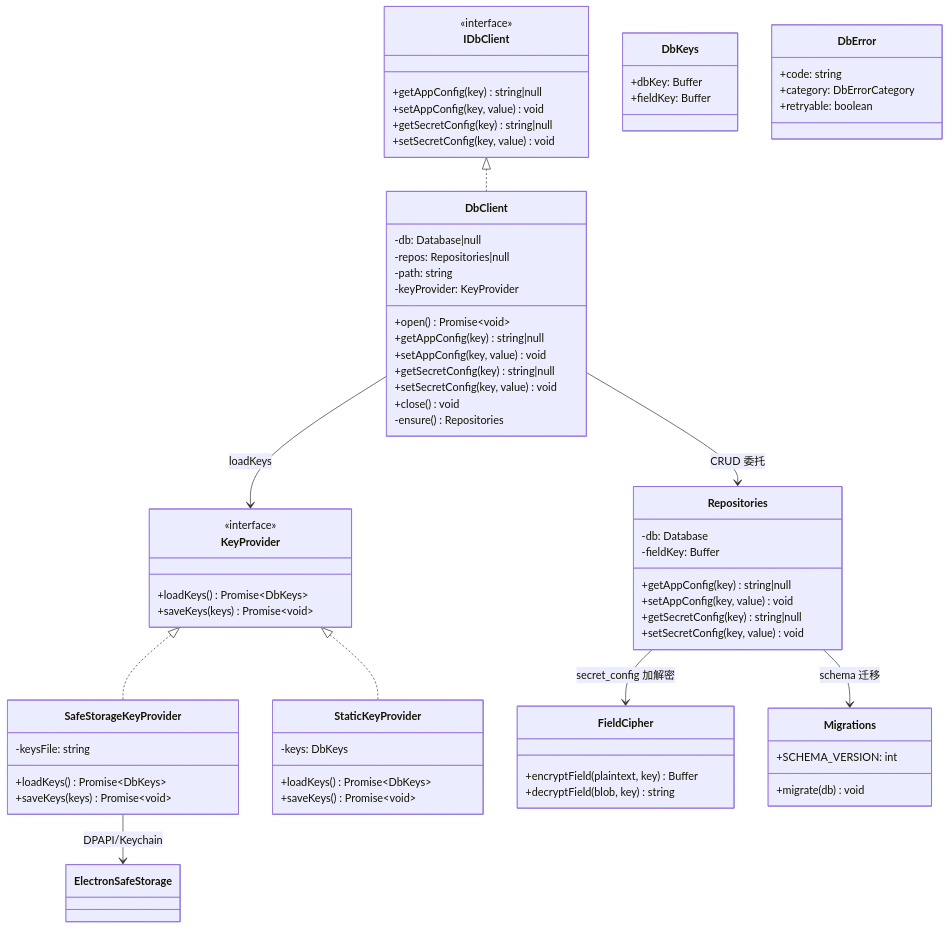
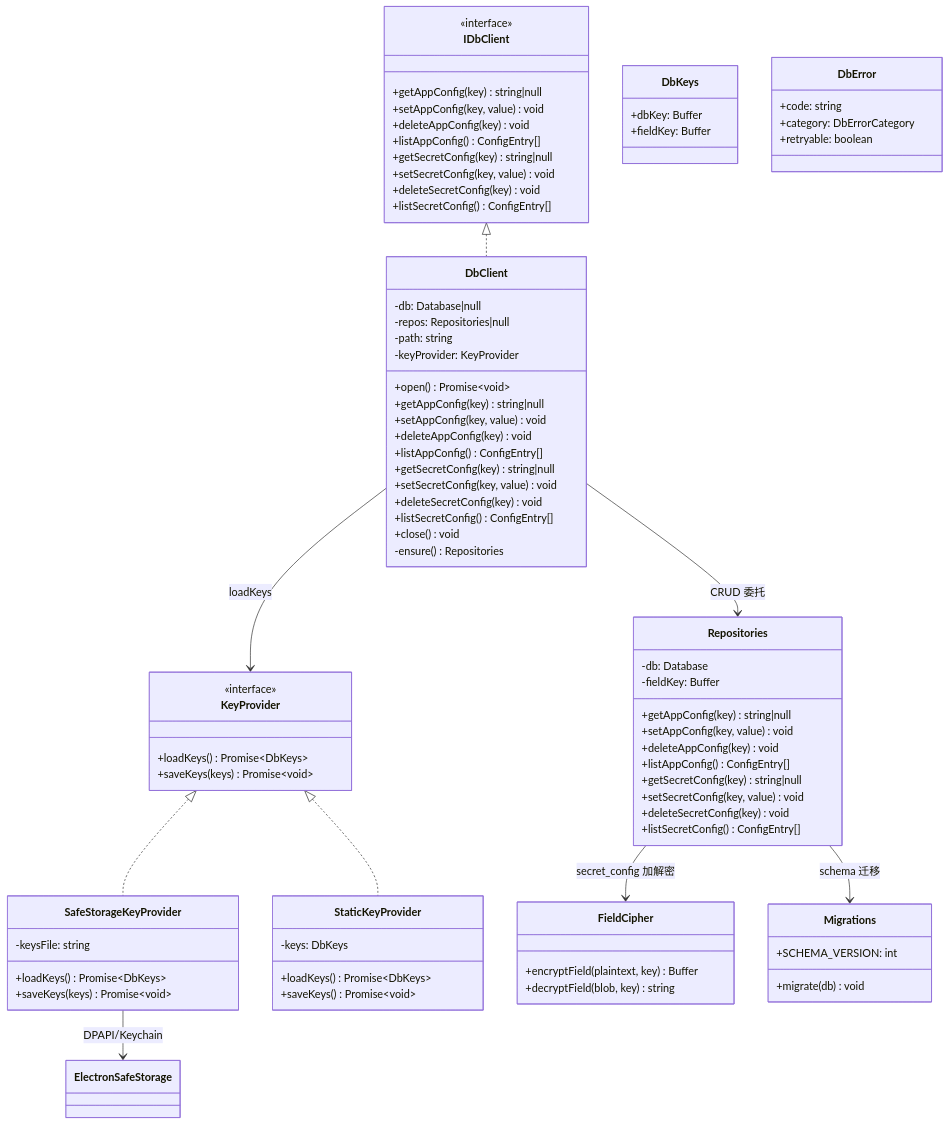
Before and after one commit to lupnfer/vue_with_csdk: the fourth of 12 diagrams in docs/architecture-diagrams.md, drawn with Mermaid. The commit also changed other lines of this file, not shown here.

Commit message:
fix(docs): 修正架构图与代码的不一致
- MockBinding 补全 6 个 SdkBinding 方法（漏了 registerLogCallback/getLastError/getErrorMsg）
- IDbClient/DbClient/Repositories 补全 8 个 CRUD 方法（漏了 delete*/list*）

```diff
--- a/docs/architecture-diagrams.md
+++ b/docs/architecture-diagrams.md
@@ -195,8 +198,12 @@
         <<interface>>
         +getAppConfig(key) string|null
         +setAppConfig(key, value) void
+        +deleteAppConfig(key) void
+        +listAppConfig() ConfigEntry[]
         +getSecretConfig(key) string|null
         +setSecretConfig(key, value) void
+        +deleteSecretConfig(key) void
+        +listSecretConfig() ConfigEntry[]
     }
 
     class DbClient {
@@ -207,8 +214,12 @@
         +open() Promise~void~
         +getAppConfig(key) string|null
         +setAppConfig(key, value) void
+        +deleteAppConfig(key) void
+        +listAppConfig() ConfigEntry[]
         +getSecretConfig(key) string|null
         +setSecretConfig(key, value) void
+        +deleteSecretConfig(key) void
+        +listSecretConfig() ConfigEntry[]
         +close() void
         -ensure() Repositories
     }
@@ -241,8 +252,12 @@
         -fieldKey: Buffer
         +getAppConfig(key) string|null
         +setAppConfig(key, value) void
+        +deleteAppConfig(key) void
+        +listAppConfig() ConfigEntry[]
         +getSecretConfig(key) string|null
         +setSecretConfig(key, value) void
+        +deleteSecretConfig(key) void
+        +listSecretConfig() ConfigEntry[]
     }
 
     class FieldCipher {
```
